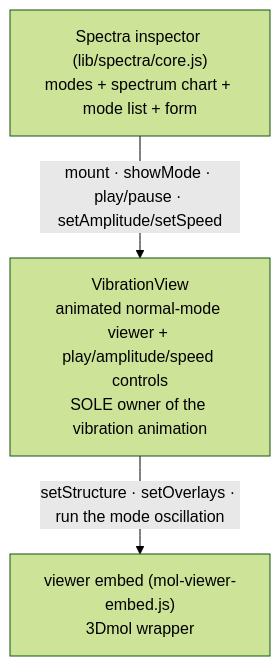
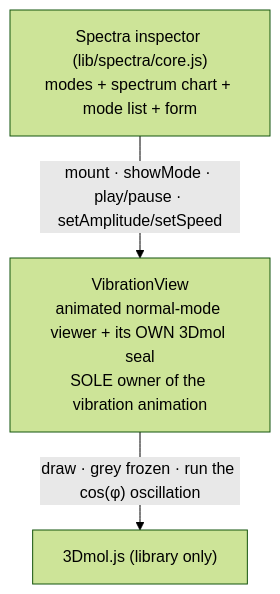
The first of 3 diagrams in docs/protocols/vibrationview.md (Qing-LAB/molbuilder), drawn with Mermaid (forest theme) before and after one commit. The commit also changed other lines of this file and 14 other files, not shown here.

````diff
--- a/docs/protocols/vibrationview.md
+++ b/docs/protocols/vibrationview.md
@@ -41,8 +41,8 @@
 ```mermaid
 flowchart TD
     INSP["Spectra inspector (lib/spectra/core.js)<br/>modes + spectrum chart + mode list + form"]
-    VV["VibrationView<br/>animated normal-mode viewer + play/amplitude/speed controls<br/>SOLE owner of the vibration animation"]
-    EMBED["viewer embed (mol-viewer-embed.js)<br/>3Dmol wrapper"]
+    VV["VibrationView<br/>animated normal-mode viewer + its OWN 3Dmol seal<br/>SOLE owner of the vibration animation"]
+    GL["3Dmol.js (library only)"]
     INSP -->|"mount · showMode · play/pause · setAmplitude/setSpeed"| VV
-    VV -->|"setStructure · setOverlays · run the mode oscillation"| EMBED
+    VV -->|"draw · grey frozen · run the cos(φ) oscillation"| GL
 ```
````
